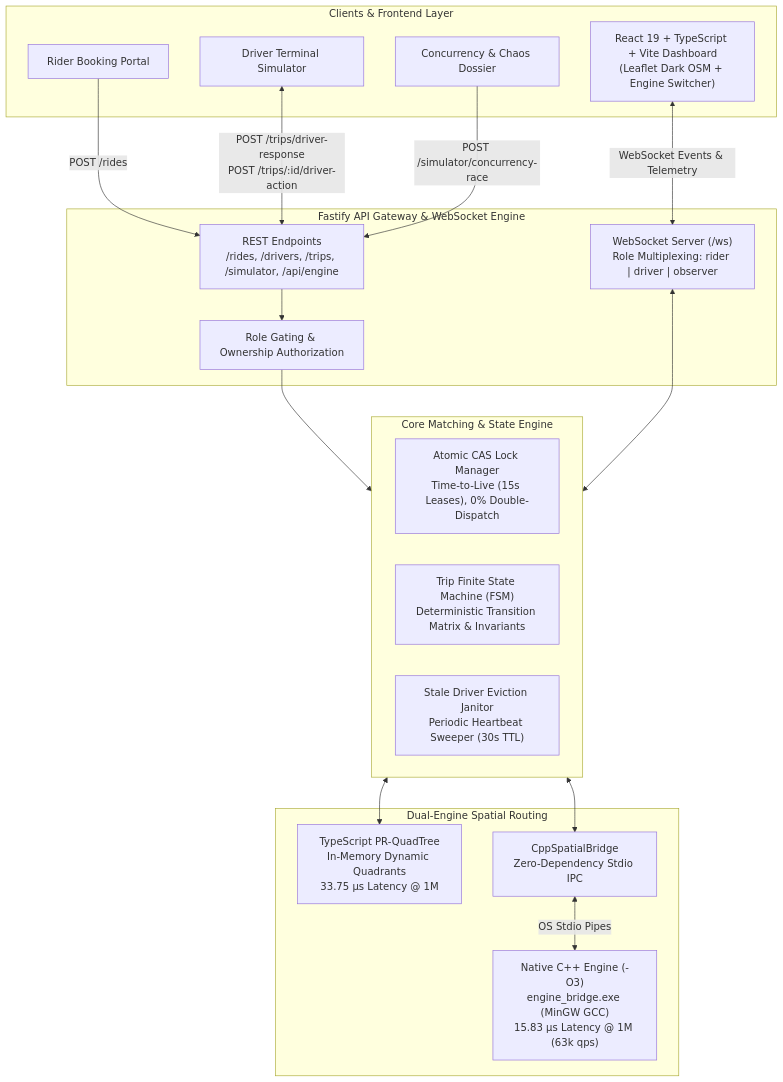
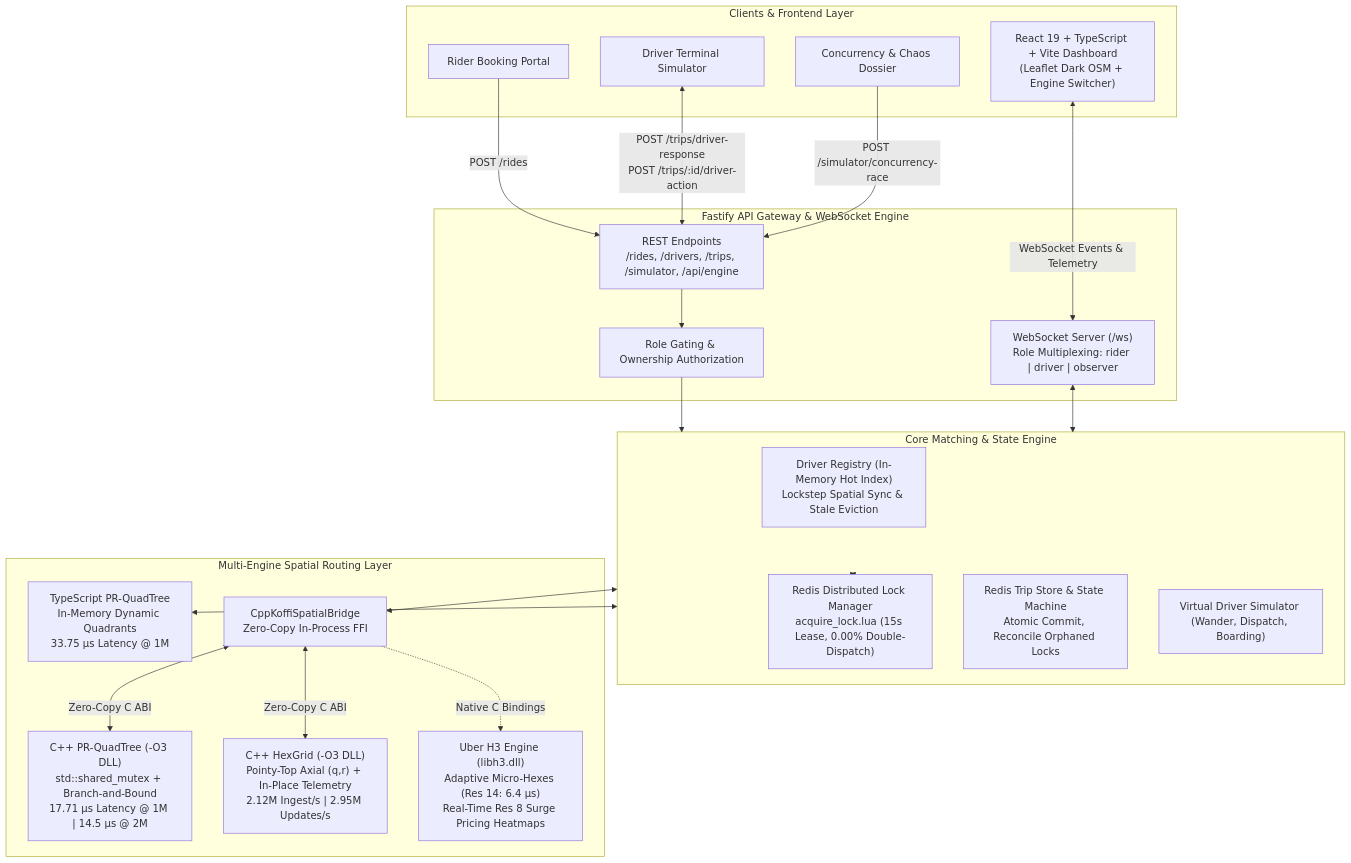
Before and after one commit to Souma061/InstaRide: the first of 2 diagrams in README.md, drawn with Mermaid. The commit also changed other lines of this file and 7 other files, not shown here.

Commit message:
feat: Integrate C++ QuadTree and HexGrid via in-process zero-copy Koffi FFI with full tests and updated README

````diff
--- a/README.md
+++ b/README.md
@@ -17,38 +19,44 @@
 ```mermaid
 graph TB
     subgraph Clients["Clients & Frontend Layer"]
         UI["React 19 + TypeScript + Vite Dashboard<br/>(Leaflet Dark OSM + Engine Switcher)"]
         RiderClient["Rider Booking Portal"]
         DriverClient["Driver Terminal Simulator"]
         ChaosSuite["Concurrency & Chaos Dossier"]
     end
 
     subgraph Gateway["Fastify API Gateway & WebSocket Engine"]
         HTTP["REST Endpoints<br/>/rides, /drivers, /trips, /simulator, /api/engine"]
         WS["WebSocket Server (/ws)<br/>Role Multiplexing: rider | driver | observer"]
         AuthGuard["Role Gating & Ownership Authorization"]
     end
 
     subgraph CoreEngine["Core Matching & State Engine"]
-        CAS["Atomic CAS Lock Manager<br/>Time-to-Live (15s Leases), 0% Double-Dispatch"]
-        FSM["Trip Finite State Machine (FSM)<br/>Deterministic Transition Matrix & Invariants"]
-        Janitor["Stale Driver Eviction Janitor<br/>Periodic Heartbeat Sweeper (30s TTL)"]
+        DriverReg["Driver Registry (In-Memory Hot Index)<br/>Lockstep Spatial Sync & Stale Eviction"]
+        RedisLock["Redis Distributed Lock Manager<br/>acquire_lock.lua (15s Lease, 0.00% Double-Dispatch)"]
+        TripStore["Redis Trip Store & State Machine<br/>Atomic Commit, Reconcile Orphaned Locks"]
+        Simulator["Virtual Driver Simulator (Wander, Dispatch, Boarding)"]
     end
 
-    subgraph SpatialEngines["Dual-Engine Spatial Routing"]
+    subgraph SpatialEngines["Multi-Engine Spatial Routing Layer"]
         TS_QT["TypeScript PR-QuadTree<br/>In-Memory Dynamic Quadrants<br/>33.75 μs Latency @ 1M"]
-        CPP_Bridge["CppSpatialBridge<br/>Zero-Dependency Stdio IPC"]
-        CPP_EXE["Native C++ Engine (-O3)<br/>engine_bridge.exe (MinGW GCC)<br/>15.83 μs Latency @ 1M (63k qps)"]
+        KoffiBridge["CppKoffiSpatialBridge<br/>Zero-Copy In-Process FFI"]
+        CPP_QT["C++ PR-QuadTree (-O3 DLL)<br/>std::shared_mutex + Branch-and-Bound<br/>17.71 μs Latency @ 1M | 14.5 μs @ 2M"]
+        CPP_HG["C++ HexGrid (-O3 DLL)<br/>Pointy-Top Axial (q,r) + In-Place Telemetry<br/>2.12M Ingest/s | 2.95M Updates/s"]
+        UBER_H3["Uber H3 Engine (libh3.dll)<br/>Adaptive Micro-Hexes (Res 14: 6.4 μs)<br/>Real-Time Res 8 Surge Pricing Heatmaps"]
     end
 
     UI <-->|WebSocket Events & Telemetry| WS
     RiderClient -->|POST /rides| HTTP
     DriverClient <-->|POST /trips/driver-response<br/>POST /trips/:id/driver-action| HTTP
     ChaosSuite -->|POST /simulator/concurrency-race| HTTP
     HTTP --> AuthGuard
     AuthGuard --> CoreEngine
     CoreEngine <--> TS_QT
-    CoreEngine <--> CPP_Bridge
-    CPP_Bridge <-->|OS Stdio Pipes| CPP_EXE
+    CoreEngine <--> KoffiBridge
+    KoffiBridge <-->|Zero-Copy C ABI| CPP_QT
+    KoffiBridge <-->|Zero-Copy C ABI| CPP_HG
+    KoffiBridge -.->|Native C Bindings| UBER_H3
+    CoreEngine <--> RedisLock
     WS <--> CoreEngine
 ```
````
